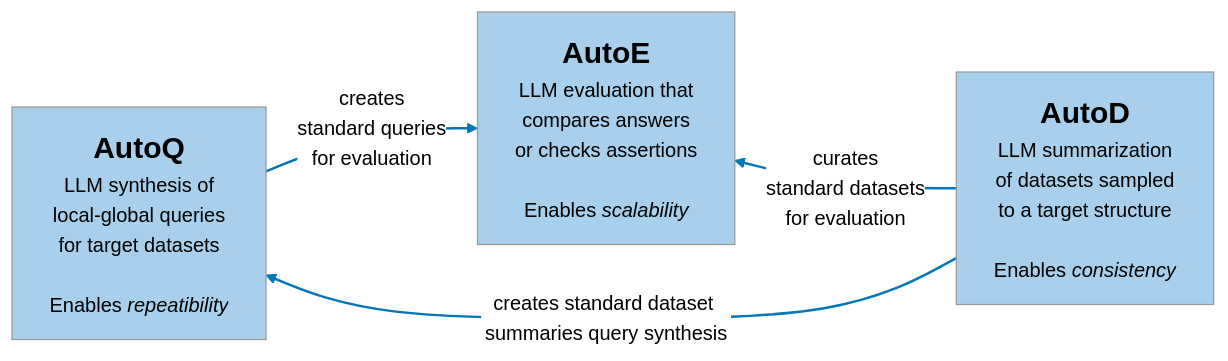
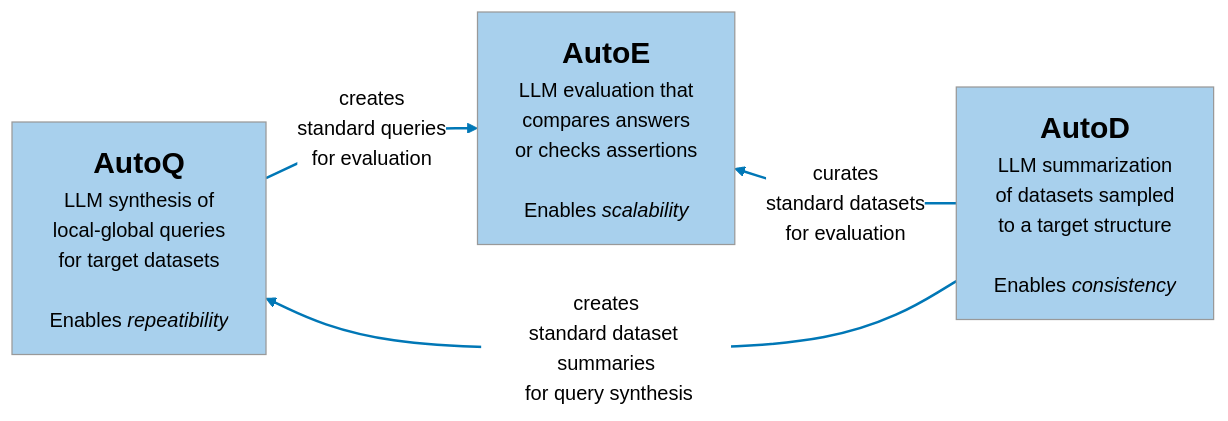
Before and after one commit to microsoft/benchmark-qed: the diagram in README.md, drawn with Mermaid (neutral theme). The commit also changed 20 other files, not shown here.

````diff
--- a/README.md
+++ b/README.md
@@ -20,13 +20,13 @@
 ```mermaid
 flowchart LR
     AutoQ["<span style='font-size:1.5em; color:black'><b>AutoQ</b></span><br>LLM synthesis of<br>local-global queries<br>for target datasets<br><br>Enables <i>repeatibility<i>"] -- creates<br>standard queries<br>for evaluation --> AutoE["<span style='font-size:1.5em; color:black'><b>AutoE</b></span><br>LLM evaluation that<br>compares answers<br>or checks assertions<br><br> Enables <i>scalability"]
     AutoE ~~~ AutoD["<span style='font-size:1.5em; color:black'><b>AutoD</b></span><br>LLM summarization<br>of datasets sampled<br>to a target structure <br><br> Enables <i>consistency"]
     AutoD -- curates<br>standard datasets <br> for evaluation --> AutoE
-    AutoD -- creates standard dataset summaries query synthesis --> AutoQ
+    AutoD -- creates<br>standard dataset summaries<br> for query synthesis --> AutoQ
     style AutoQ fill:#a8d0ed,color:black,font-weight:normal
     style AutoE fill:#a8d0ed,color:black,font-weight:normal
     style AutoD fill:#a8d0ed,color:black,font-weight:normal
     linkStyle 0 stroke:#0077b6,stroke-width:2px
     linkStyle 2 stroke:#0077b6,stroke-width:2px
     linkStyle 3 stroke:#0077b6,stroke-width:2px
 ```
````
